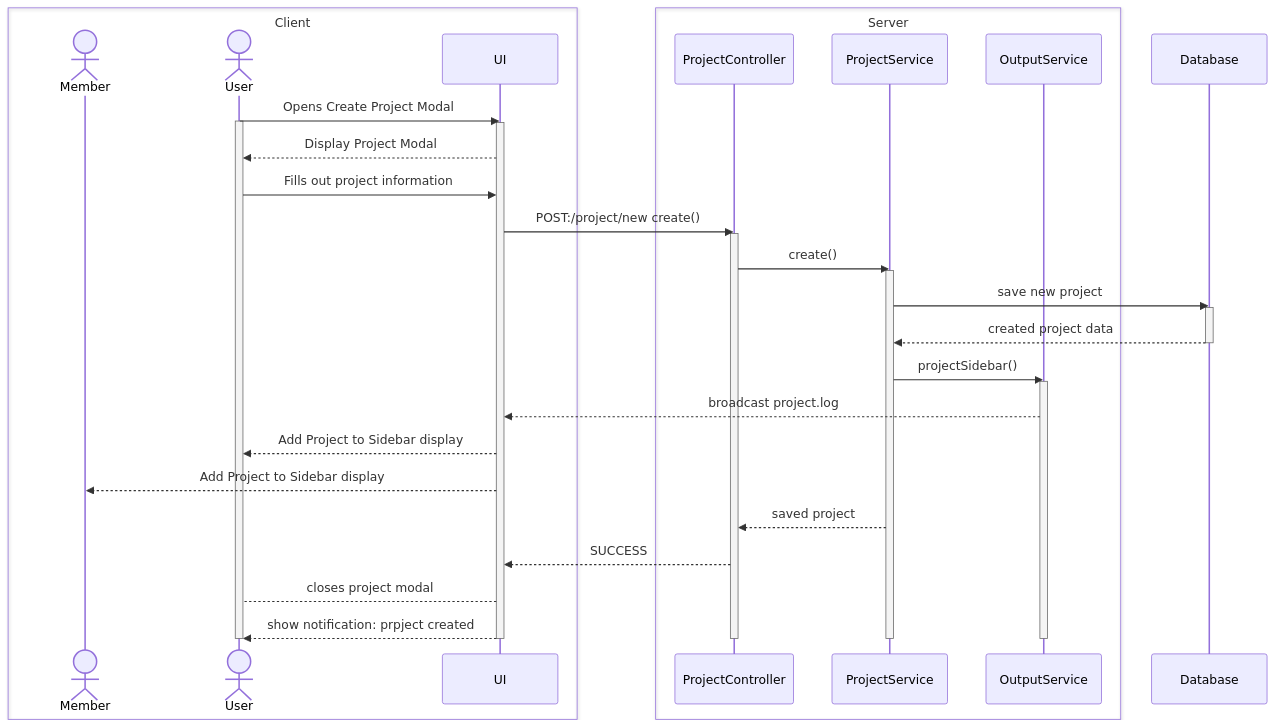
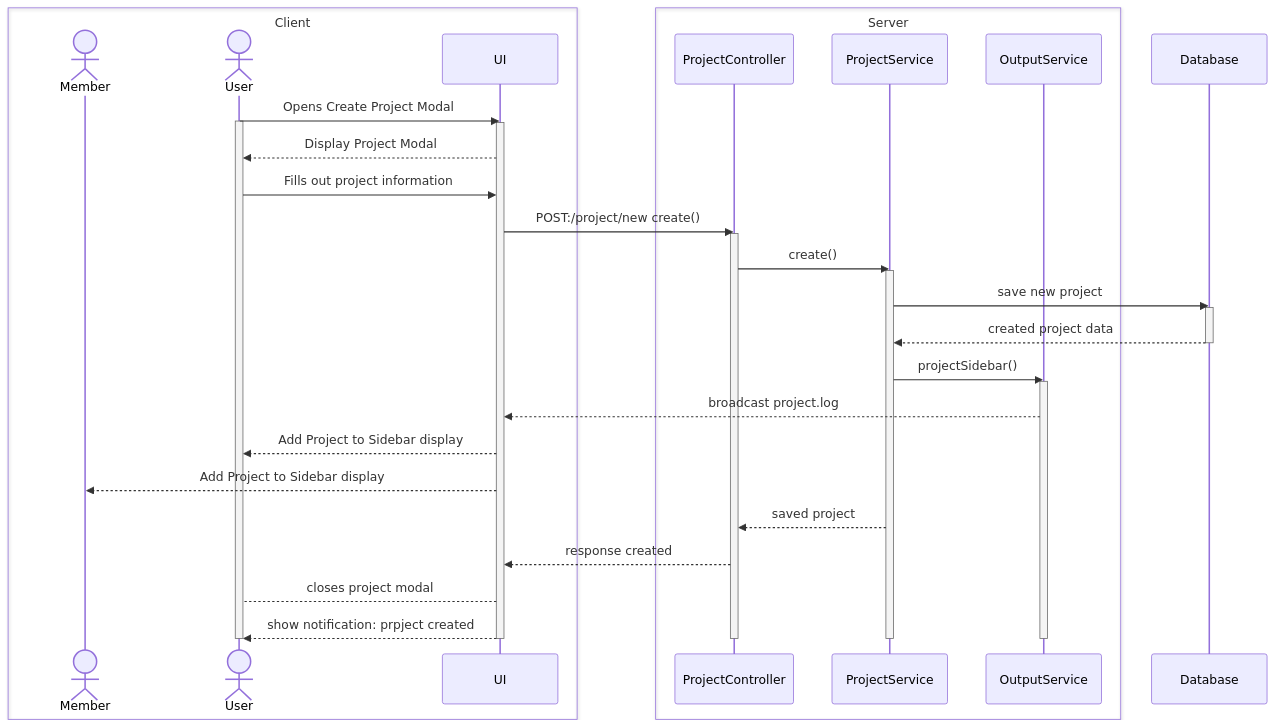
The diagram in sequence-diagram/create-project.md (williamkmp/sectask-docs), drawn with Mermaid before and after one commit.

````diff
--- a/sequence-diagram/create-project.md
+++ b/sequence-diagram/create-project.md
@@ -3,47 +3,47 @@
 ```mermaid
     sequenceDiagram
         
         box Client
         actor Member
         actor User
         participant UI
         end
 
         box Server
         participant ProjectController
         participant ProjectService
         participant OutputService
         end
 
         participant Database
 
         User->>UI: Opens Create Project Modal
         activate User
         activate UI
         UI-->>User: Display Project Modal
         User->>UI: Fills out project information
         UI->>ProjectController: POST:/project/new create()
         activate ProjectController
         ProjectController->>ProjectService: create()
         activate ProjectService
         ProjectService->>Database: save new project
         activate Database
         Database-->>ProjectService: created project data
         deactivate Database
         ProjectService->>OutputService: projectSidebar() 
         activate OutputService
         OutputService-->>UI: broadcast project.log
         UI-->>User: Add Project to Sidebar display
         UI-->>Member: Add Project to Sidebar display
         ProjectService-->>ProjectController: saved project
-        ProjectController-->>UI: SUCCESS
+        ProjectController-->>UI: response created
         UI-->User: closes project modal
         UI-->>User: show notification: prpject created
 
 
         deactivate OutputService
         deactivate ProjectService
         deactivate ProjectController
         deactivate UI 
         deactivate User
 ```
````
